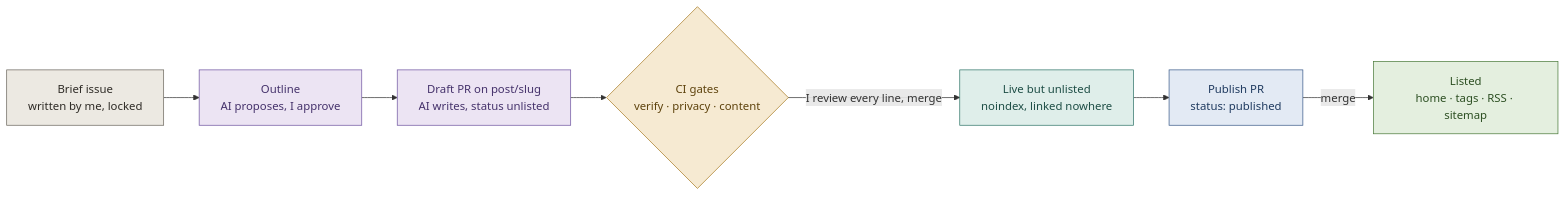
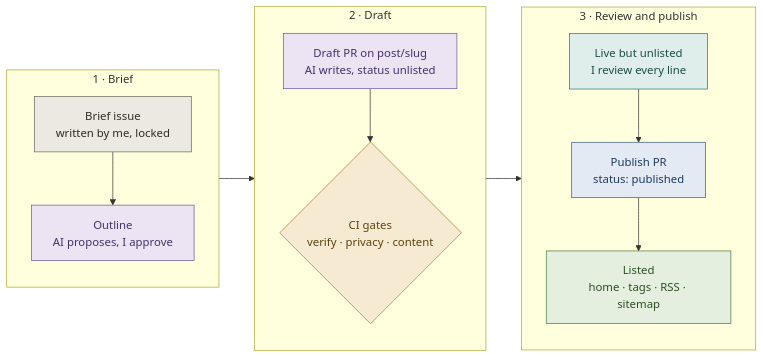
One commit to chau-minh-tieu/chau-minh-tieu.github.io changed the first of 3 diagrams in README.md. Above: the diagram before and after it, drawn with Mermaid. The commit also changed other lines of this file, not shown here.

Commit message:
docs(08): README logo round, publishing diagram in three stages

````diff
--- a/README.md
+++ b/README.md
@@ -46,15 +46,22 @@
 ```mermaid
 flowchart LR
-  B["Brief issue<br/>written by me, locked"]:::slate --> O["Outline<br/>AI proposes, I approve"]:::violet
-  O --> D["Draft PR on post/slug<br/>AI writes, status unlisted"]:::violet
-  D --> G{"CI gates<br/>verify · privacy · content"}:::amber
-  G -->|"I review every line, merge"| U["Live but unlisted<br/>noindex, linked nowhere"]:::teal
-  U --> P["Publish PR<br/>status: published"]:::blue
-  P -->|merge| L["Listed<br/>home · tags · RSS · sitemap"]:::green
+  subgraph S1["1 · Brief"]
+    direction TB
+    B["Brief issue<br/>written by me, locked"]:::slate --> O["Outline<br/>AI proposes, I approve"]:::violet
+  end
+  subgraph S2["2 · Draft"]
+    direction TB
+    D["Draft PR on post/slug<br/>AI writes, status unlisted"]:::violet --> G{"CI gates<br/>verify · privacy · content"}:::amber
+  end
+  subgraph S3["3 · Review and publish"]
+    direction TB
+    U["Live but unlisted<br/>I review every line"]:::teal --> P["Publish PR<br/>status: published"]:::blue --> L["Listed<br/>home · tags · RSS · sitemap"]:::green
+  end
+  S1 --> S2 --> S3
   classDef slate fill:#ECE9E2,stroke:#6B665D,color:#2E2B26
   classDef violet fill:#ECE4F3,stroke:#6E54A0,color:#45326B
   classDef amber fill:#F6EAD2,stroke:#A87A22,color:#5E430D
   classDef teal fill:#DFEEEA,stroke:#2F7468,color:#1D4D45
   classDef blue fill:#E3EAF4,stroke:#3B5B8A,color:#1F3A5F
   classDef green fill:#E4EFDF,stroke:#4A7A3A,color:#2C4F22
 ```
````
